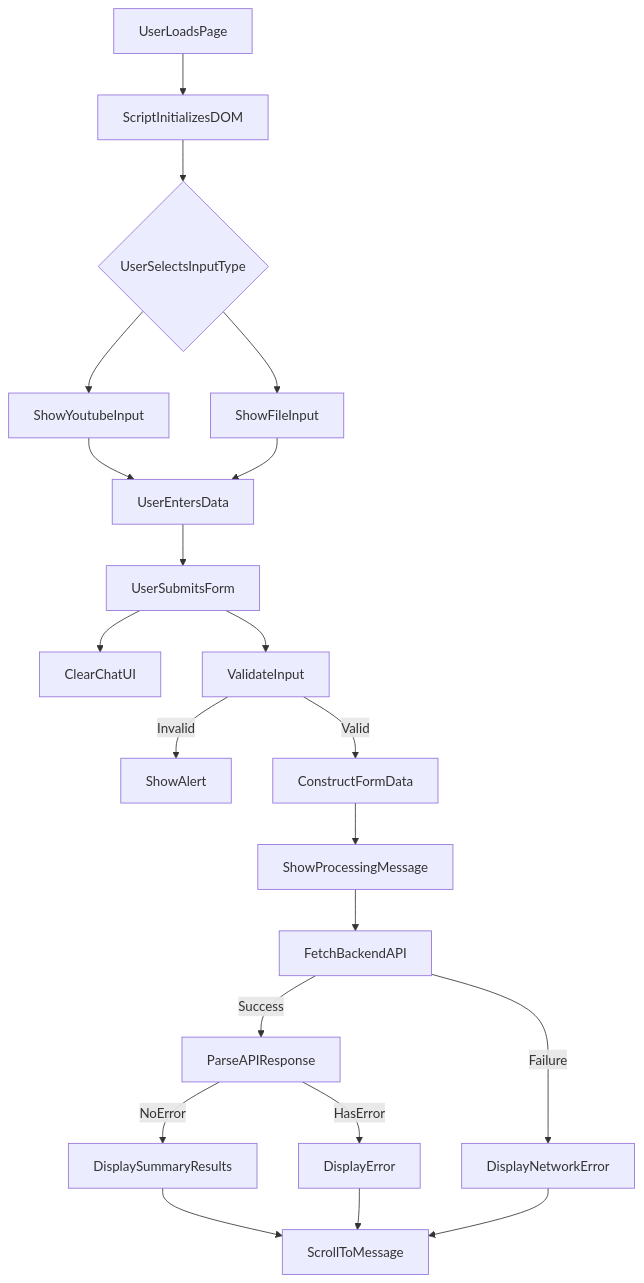
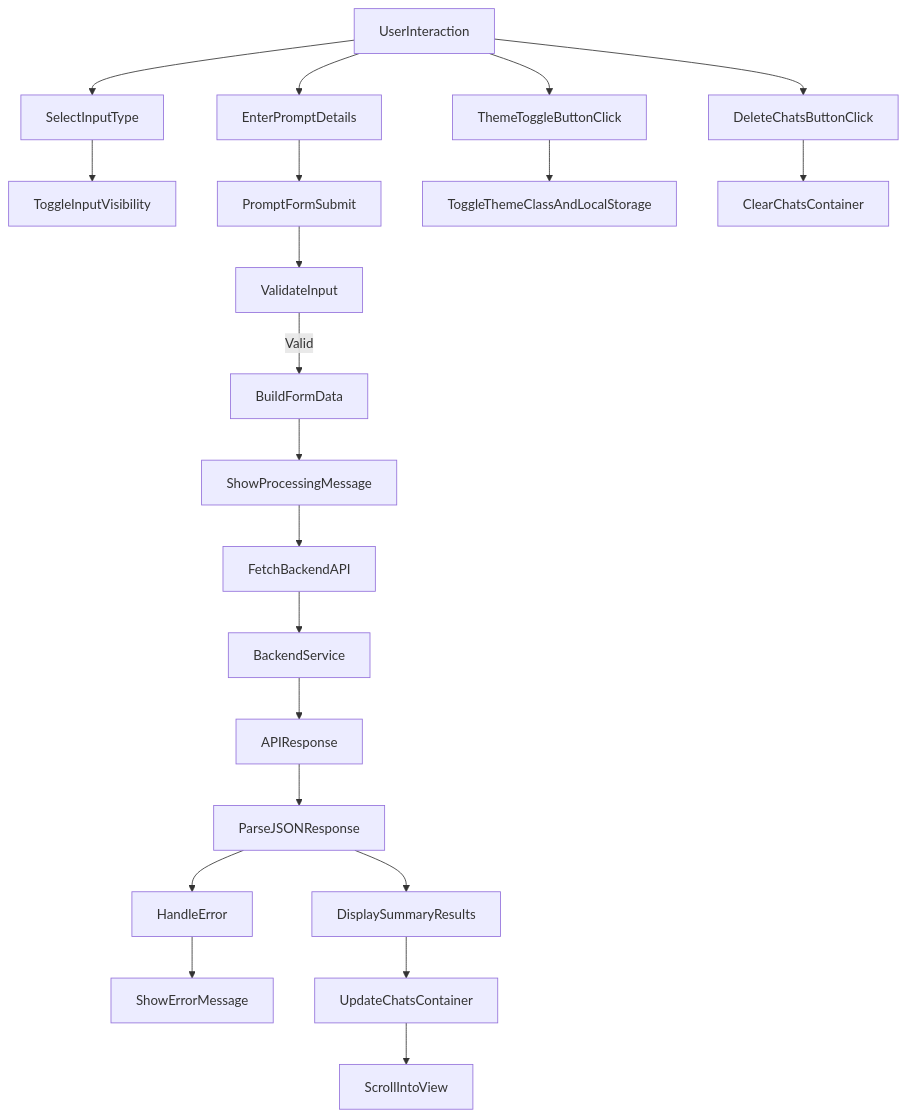
The diagram in docs/script.js.md (test-company-prowiz/Note-Summerizer), drawn with Mermaid before and after one commit. The commit also changed other lines of this file, not shown here.

Commit message:
docs: auto-generated documentation for docs/script.js.md

````diff
--- a/docs/script.js.md
+++ b/docs/script.js.md
@@ -54,23 +56,25 @@
 ```mermaid
 graph TD
-A[UserLoadsPage] --> B[ScriptInitializesDOM]
-B --> C{UserSelectsInputType}
-C --> D1[ShowYoutubeInput]
-C --> D2[ShowFileInput]
-D1 --> E[UserEntersData]
-D2 --> E[UserEntersData]
-E --> F[UserSubmitsForm]
-F --> G[ClearChatUI]
-F --> H[ValidateInput]
-H -- Invalid --> I[ShowAlert]
-H -- Valid --> J[ConstructFormData]
-J --> K[ShowProcessingMessage]
-K --> L[FetchBackendAPI]
-L -- Success --> M[ParseAPIResponse]
-M -- HasError --> N[DisplayError]
-M -- NoError --> O[DisplaySummaryResults]
-L -- Failure --> P[DisplayNetworkError]
-O --> Q[ScrollToMessage]
-N --> Q[ScrollToMessage]
-P --> Q[ScrollToMessage]
+User[UserInteraction] --> SelectInput[SelectInputType]
+User --> EnterPrompt[EnterPromptDetails]
+SelectInput --> ToggleInputVisibility[ToggleInputVisibility]
+EnterPrompt --> PromptForm[PromptFormSubmit]
+PromptForm --> ValidateInput[ValidateInput]
+ValidateInput -- Valid --> BuildFormData[BuildFormData]
+BuildFormData --> ShowProcessing[ShowProcessingMessage]
+ShowProcessing --> FetchBackend[FetchBackendAPI]
+FetchBackend --> BackendService[BackendService]
+BackendService --> Response[APIResponse]
+Response --> ParseResponse[ParseJSONResponse]
+ParseResponse --> HandleError[HandleError]
+ParseResponse --> DisplaySummary[DisplaySummaryResults]
+HandleError --> ShowError[ShowErrorMessage]
+DisplaySummary --> UpdateUI[UpdateChatsContainer]
+UpdateUI --> ScrollView[ScrollIntoView]
+
+User --> ThemeToggleBtn[ThemeToggleButtonClick]
+ThemeToggleBtn --> ToggleTheme[ToggleThemeClassAndLocalStorage]
+
+User --> DeleteChatsBtn[DeleteChatsButtonClick]
+DeleteChatsBtn --> ClearChats[ClearChatsContainer]
 ```
````
